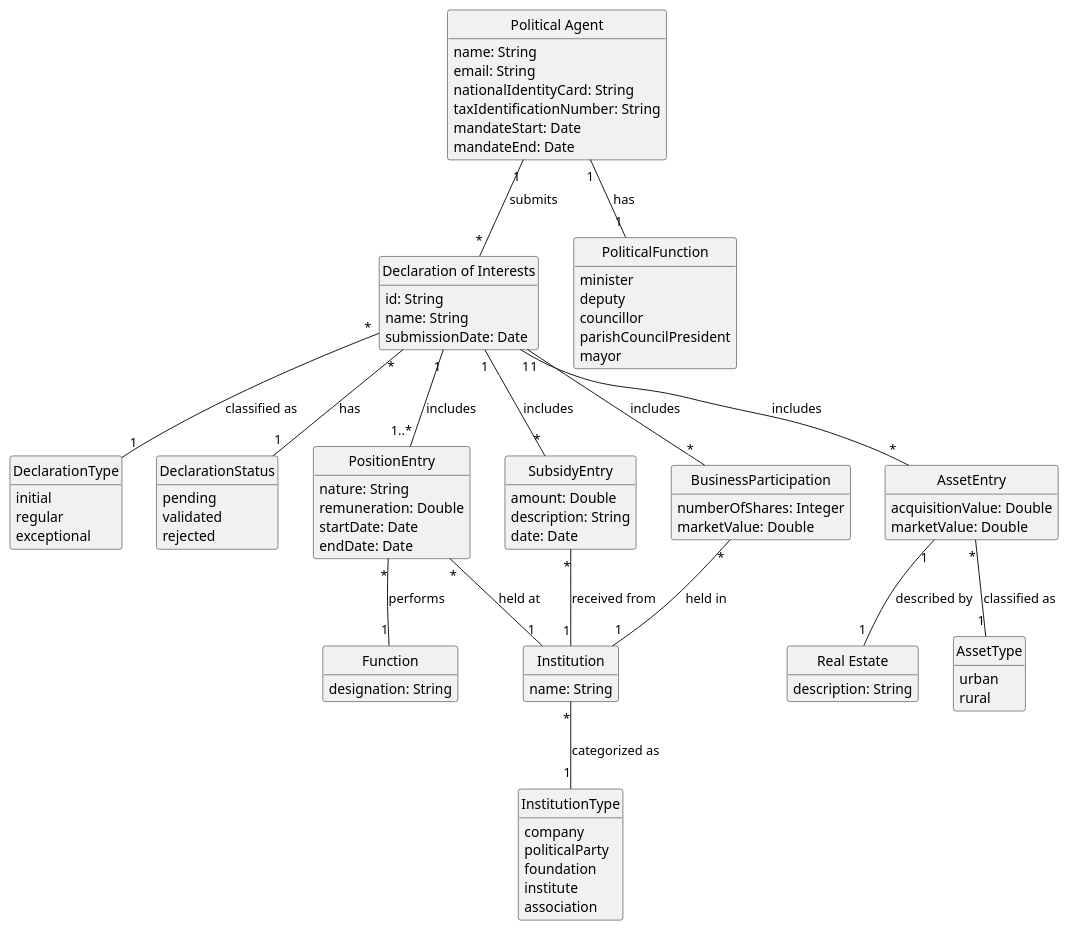
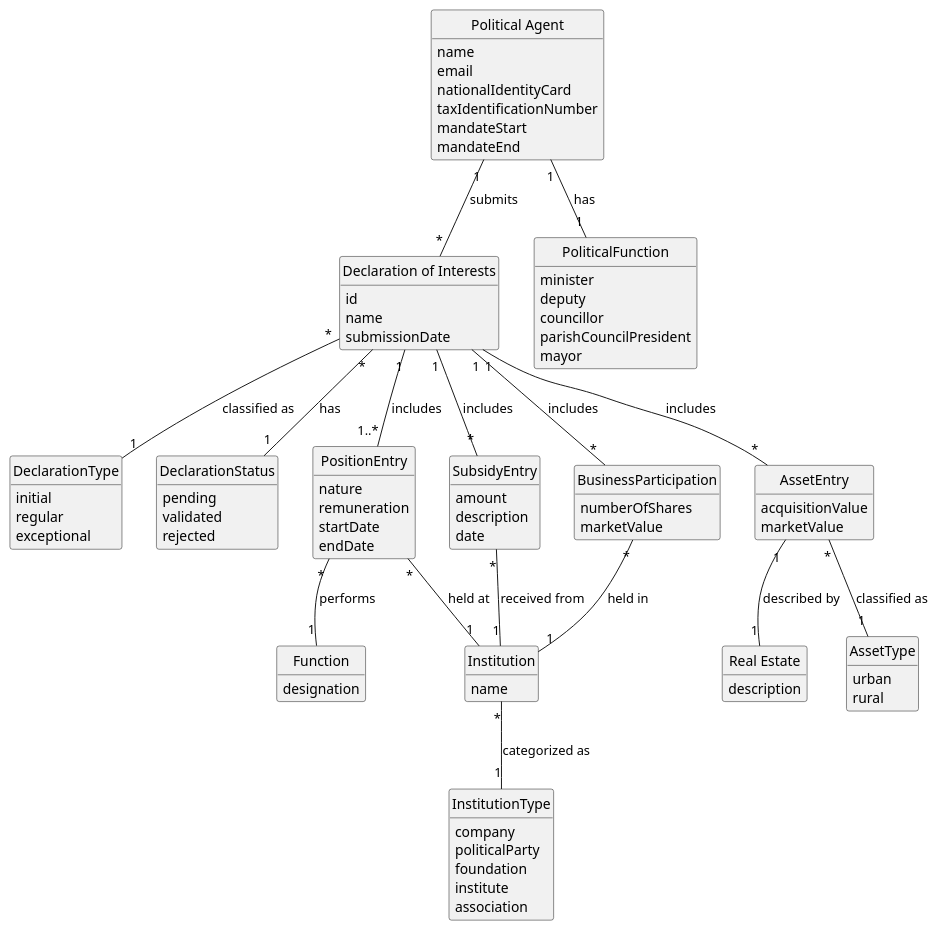
One commit to brunodspinto/crystal-clear-platform changed the diagram in docs/system-documentation/US06/02.analysis/puml/US06-DM.puml. Above: the diagram before and after it, drawn with PlantUML. The commit also changed 26 other files, not shown here.

```diff
--- a/docs/system-documentation/US06/02.analysis/puml/US06-DM.puml
+++ b/docs/system-documentation/US06/02.analysis/puml/US06-DM.puml
@@ -1,115 +1,115 @@
 @startuml US06-DM
 skinparam monochrome true
 skinparam packageStyle rectangle
 skinparam shadowing false
 skinparam classAttributeIconSize 0
 
 hide circle
 hide methods
 
 class "Political Agent" as PoliticalAgent {
-    name: String
-    email: String
-    nationalIdentityCard: String
-    taxIdentificationNumber: String
-    mandateStart: Date
-    mandateEnd: Date
+    name
+    email
+    nationalIdentityCard
+    taxIdentificationNumber
+    mandateStart
+    mandateEnd
 }
 
 class "Declaration of Interests" as Declaration {
-    id: String
-    name: String
-    submissionDate: Date
+    id
+    name
+    submissionDate
 }
 
 enum DeclarationType {
     initial
     regular
     exceptional
 }
 
 enum DeclarationStatus {
     pending
     validated
     rejected
 }
 
 enum PoliticalFunction {
     minister
     deputy
     councillor
     parishCouncilPresident
     mayor
 }
 
 class PositionEntry {
-    nature: String
-    remuneration: Double
-    startDate: Date
-    endDate: Date
+    nature
+    remuneration
+    startDate
+    endDate
 }
 
 class Function {
-    designation: String
+    designation
 }
 
 class Institution {
-    name: String
+    name
 }
 
 enum InstitutionType {
     company
     politicalParty
     foundation
     institute
     association
 }
 
 class SubsidyEntry {
-    amount: Double
-    description: String
-    date: Date
+    amount
+    description
+    date
 }
 
 class AssetEntry {
-    acquisitionValue: Double
-    marketValue: Double
+    acquisitionValue
+    marketValue
 }
 
 class "Real Estate" as RealEstate {
-    description: String
+    description
 }
 
 enum AssetType {
     urban
     rural
 }
 
 class BusinessParticipation {
-    numberOfShares: Integer
-    marketValue: Double
+    numberOfShares
+    marketValue
 }
 
 PoliticalAgent "1" -- "1" PoliticalFunction : has
 PoliticalAgent "1" -- "*" Declaration : submits
 
 Declaration "*" -- "1" DeclarationType : classified as
 Declaration "*" -- "1" DeclarationStatus : has
 Declaration "1" -- "1..*" PositionEntry : includes
 Declaration "1" -- "*" SubsidyEntry : includes
 Declaration "1" -- "*" AssetEntry : includes
 Declaration "1" -- "*" BusinessParticipation : includes
 
 PositionEntry "*" -- "1" Institution : held at
 PositionEntry "*" -- "1" Function : performs
 
 Institution "*" -- "1" InstitutionType : categorized as
 
 SubsidyEntry "*" -- "1" Institution : received from
 
 AssetEntry "*" -- "1" AssetType : classified as
 AssetEntry "1" -- "1" RealEstate : described by
 
 BusinessParticipation "*" -- "1" Institution : held in
 
 @enduml
```
